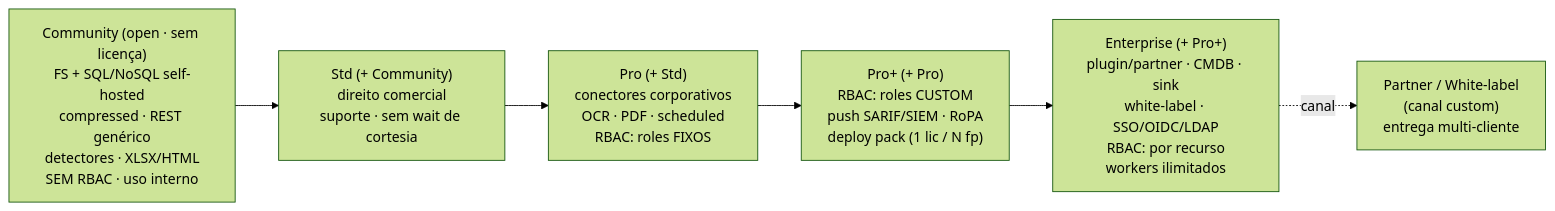
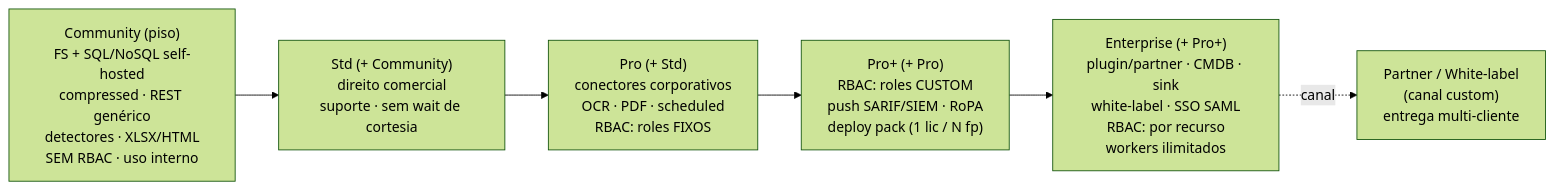
One commit to DataBoar/data-boar changed the first of 2 diagrams in docs/SUBSCRIPTION_TIERS.pt_BR.md. Above: the diagram before and after it, drawn with Mermaid (forest theme). The commit also changed other lines of this file and 20 other files, not shown here.

````diff
--- a/docs/SUBSCRIPTION_TIERS.pt_BR.md
+++ b/docs/SUBSCRIPTION_TIERS.pt_BR.md
@@ -25,11 +32,11 @@
 ```mermaid
 flowchart LR
-    C["Community (open · sem licença)<br/>FS + SQL/NoSQL self-hosted<br/>compressed · REST genérico<br/>detectores · XLSX/HTML<br/>SEM RBAC · uso interno"]
+    C["Community (piso)<br/>FS + SQL/NoSQL self-hosted<br/>compressed · REST genérico<br/>detectores · XLSX/HTML<br/>SEM RBAC · uso interno"]
     S["Std (+ Community)<br/>direito comercial<br/>suporte · sem wait de cortesia"]
     P["Pro (+ Std)<br/>conectores corporativos<br/>OCR · PDF · scheduled<br/>RBAC: roles FIXOS"]
     PP["Pro+ (+ Pro)<br/>RBAC: roles CUSTOM<br/>push SARIF/SIEM · RoPA<br/>deploy pack (1 lic / N fp)"]
-    E["Enterprise (+ Pro+)<br/>plugin/partner · CMDB · sink<br/>white-label · SSO/OIDC/LDAP<br/>RBAC: por recurso<br/>workers ilimitados"]
+    E["Enterprise (+ Pro+)<br/>plugin/partner · CMDB · sink<br/>white-label · SSO SAML<br/>RBAC: por recurso<br/>workers ilimitados"]
     PT["Partner / White-label<br/>(canal custom)<br/>entrega multi-cliente"]
     C --> S --> P --> PP --> E
     E -. canal .-> PT
 ```
````
